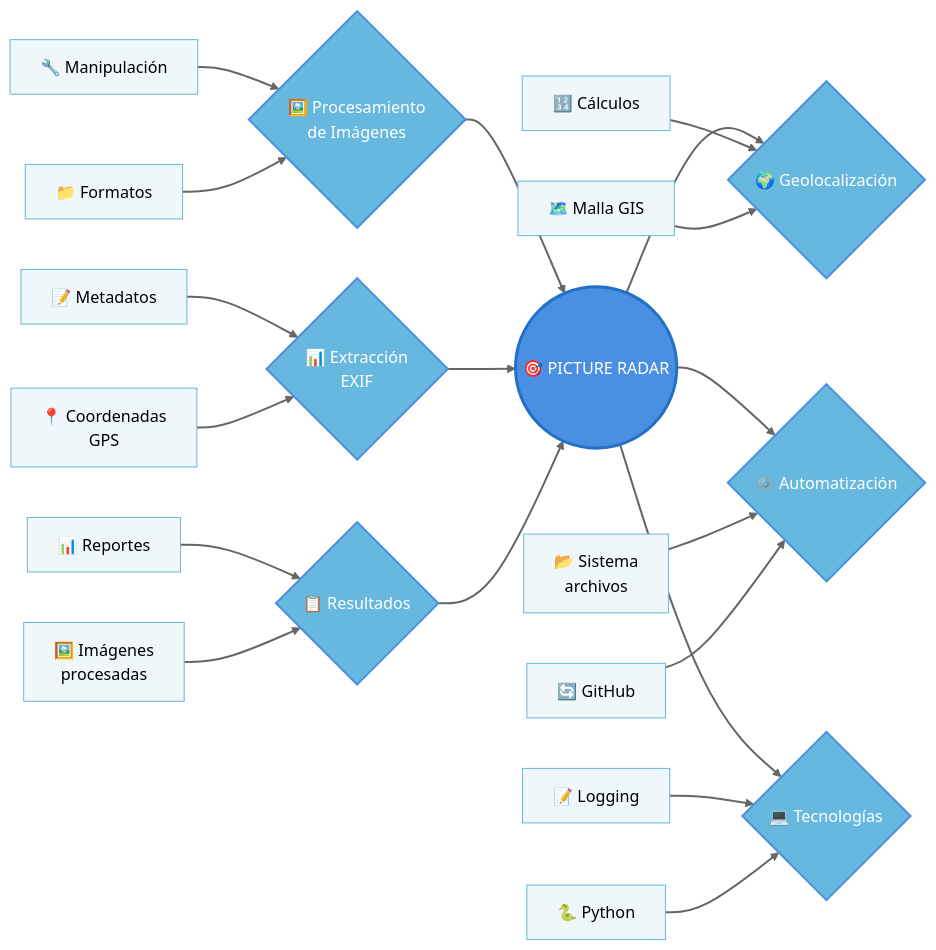
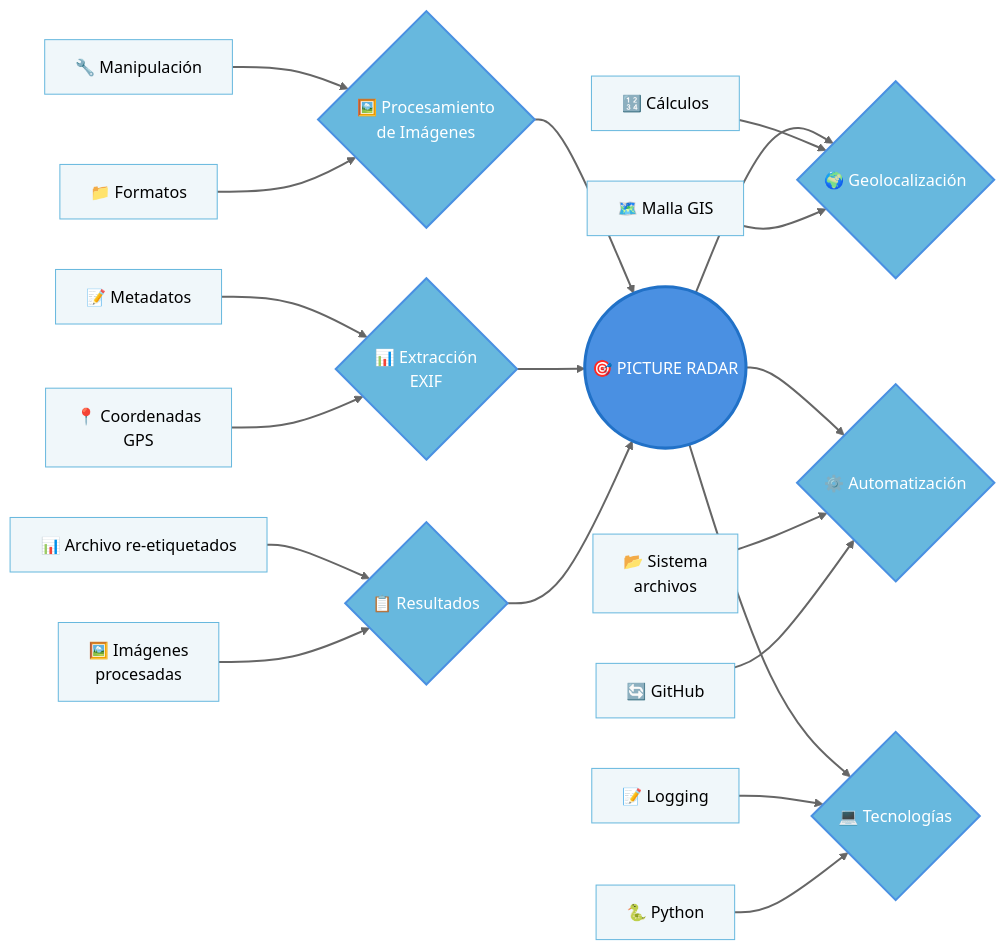
The diagram in README.md (germancruzram/PICTURE_RADAR), drawn with Mermaid (neutral theme) before and after one commit.

`````diff
--- a/README.md
+++ b/README.md
@@ -12,53 +12,53 @@
 ````mermaid
 graph LR
     %% Título central
     PICTURE_RADAR(("🎯 PICTURE RADAR"))
 
     %% Ramas principales hacia la izquierda
     ProcImg{"🖼️ Procesamiento\nde Imágenes"} --> PICTURE_RADAR
     EXIF{"📊 Extracción\nEXIF"} --> PICTURE_RADAR
     Results{"📋 Resultados"} --> PICTURE_RADAR
 
     %% Ramas principales hacia la derecha
     PICTURE_RADAR --> Geo{"🌍 Geolocalización"}
     PICTURE_RADAR --> Auto{"⚙️ Automatización"}
     PICTURE_RADAR --> Tech{"💻 Tecnologías"}
 
     %% Subramas de Procesamiento de Imágenes (2do nivel)
     Manip["🔧 Manipulación"] --> ProcImg
     Form["📁 Formatos"] --> ProcImg
 
     %% Subramas de Extracción EXIF (2do nivel)
     Meta["📝 Metadatos"] --> EXIF
     GPS["📍 Coordenadas\nGPS"] --> EXIF
 
     %% Subramas de Resultados (2do nivel)
-    Rep["📊 Reportes"] --> Results
+    Rep["📊 Archivo re-etiquetados"] --> Results
     ImgProc["🖼️ Imágenes\nprocesadas"] --> Results
 
     %% Subramas de Geolocalización (2do nivel)
     Calc["🔢 Cálculos"] --> Geo
     MallaGIS["🗺️ Malla GIS"] --> Geo
 
     %% Subramas de Automatización (2do nivel)
     SisArch["📂 Sistema\narchivos"] --> Auto
     Git["🔄 GitHub"] --> Auto
 
     %% Subramas de Tecnologías (2do nivel)
     Log["📝 Logging"] --> Tech
     Py["🐍 Python"] --> Tech
 
     %% Estilos
     classDef default fill:#f9f9f9,stroke:#333,stroke-width:1px;
     classDef central fill:#4A90E2,color:#fff,stroke:#2171C7,stroke-width:3px;
     classDef primary fill:#67B8DE,color:#fff,stroke:#4A90E2,stroke-width:2px;
     classDef secondary fill:#f0f7fa,stroke:#67B8DE,stroke-width:1px;
     
     %% Aplicación de estilos
     class PICTURE_RADAR central;
     class ProcImg,EXIF,Results,Geo,Auto,Tech primary;
     class Manip,Form,Meta,GPS,Rep,ImgProc,Calc,MallaGIS,SisArch,Git,Log,Py secondary;
 
     %% Configuración de enlaces
     linkStyle default stroke:#666,stroke-width:2px;
 ````
`````
